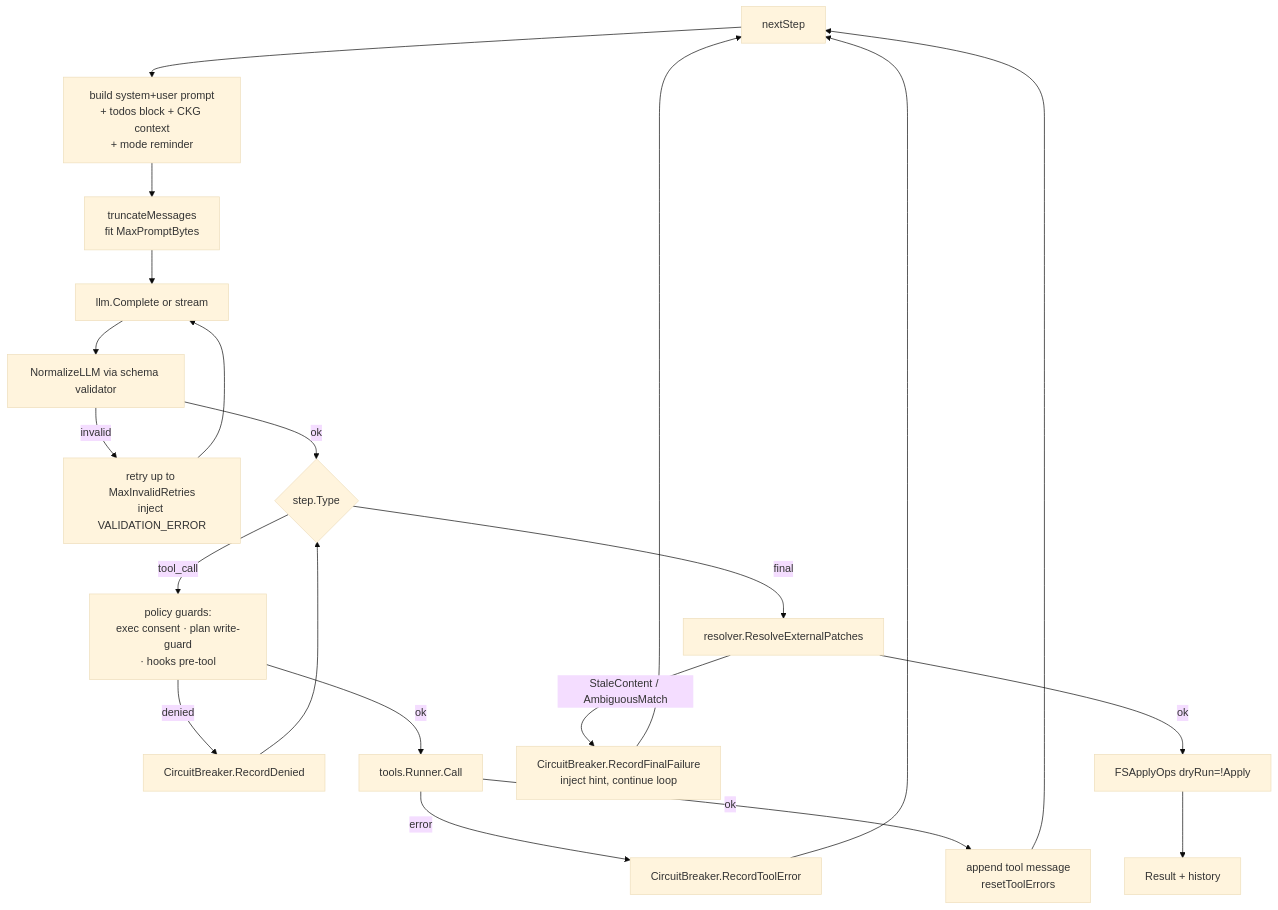
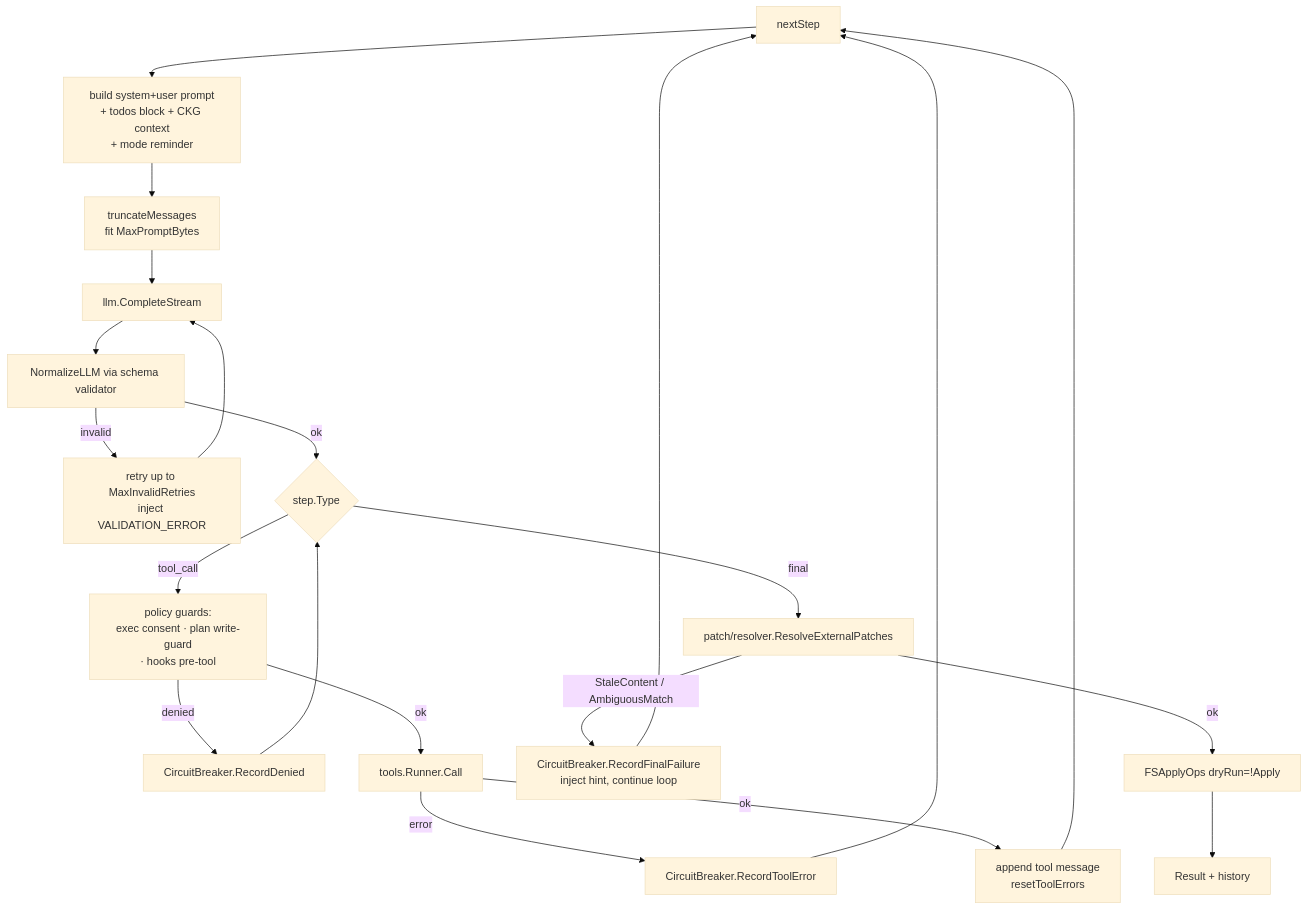
One commit to GreyKxtx/Orchestra changed the sixth of 6 diagrams in docs/commands-and-modes.md. Above: the diagram before and after it, drawn with Mermaid (base theme). The commit also changed other lines of this file and 99 other files, not shown here.

````diff
--- a/docs/commands-and-modes.md
+++ b/docs/commands-and-modes.md
@@ -605,23 +594,23 @@
 ```mermaid
 flowchart TD
     S[nextStep] --> P[build system+user prompt<br/>+ todos block + CKG context<br/>+ mode reminder]
     P --> T[truncateMessages<br/>fit MaxPromptBytes]
-    T --> L[llm.Complete or stream]
+    T --> L[llm.CompleteStream]
     L --> N[NormalizeLLM via schema validator]
     N -- invalid --> RETRY[retry up to MaxInvalidRetries<br/>inject VALIDATION_ERROR]
     N -- ok --> SW{step.Type}
     SW -- tool_call --> POL[policy guards:<br/>exec consent · plan write-guard<br/>· hooks pre-tool]
     POL -- denied --> CB1[CircuitBreaker.RecordDenied]
     POL -- ok --> CALL[tools.Runner.Call]
     CALL -- error --> CB2[CircuitBreaker.RecordToolError]
     CALL -- ok --> APPEND[append tool message<br/>resetToolErrors]
-    SW -- final --> RES[resolver.ResolveExternalPatches]
+    SW -- final --> RES[patch/resolver.ResolveExternalPatches]
     RES -- StaleContent / AmbiguousMatch --> CB3[CircuitBreaker.RecordFinalFailure<br/>inject hint, continue loop]
     RES -- ok --> APP[FSApplyOps dryRun=!Apply]
     APP --> DONE[Result + history]
     CB1 --> SW
     CB2 --> S
     CB3 --> S
     APPEND --> S
     RETRY --> L
 ```
````
